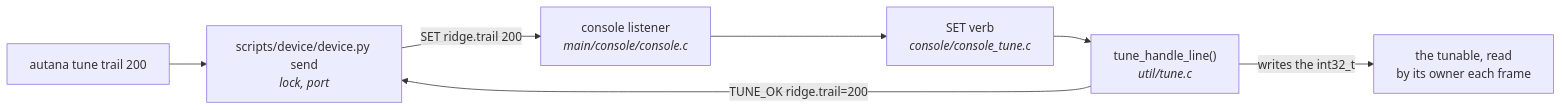
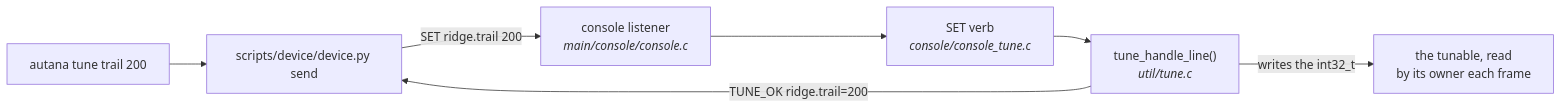
Before and after one commit to jose-villegas/autana: the diagram in docs/tools/Live-Tuning.md, drawn with Mermaid. The commit also changed other lines of this file and 3 other files, not shown here.

First line of the commit message:
docs: add the device-lock and screen-structure diagrams; render_lab in the README

````diff
--- a/docs/tools/Live-Tuning.md
+++ b/docs/tools/Live-Tuning.md
@@ -51,9 +54,9 @@
 ```mermaid
 flowchart LR
-    T["autana tune trail 200"] --> D["scripts/device/device.py send<br/><i>lock, port</i>"]
+    T["autana tune trail 200"] --> D["scripts/device/device.py send"]
     D -->|"SET ridge.trail 200"| C["console listener<br/><i>main/console/console.c</i>"]
     C --> S["SET verb<br/><i>console/console_tune.c</i>"]
     S --> R["tune_handle_line()<br/><i>util/tune.c</i>"]
     R -->|"writes the int32_t"| V["the tunable, read<br/>by its owner each frame"]
     R -->|"TUNE_OK ridge.trail=200"| D
 ```
````
